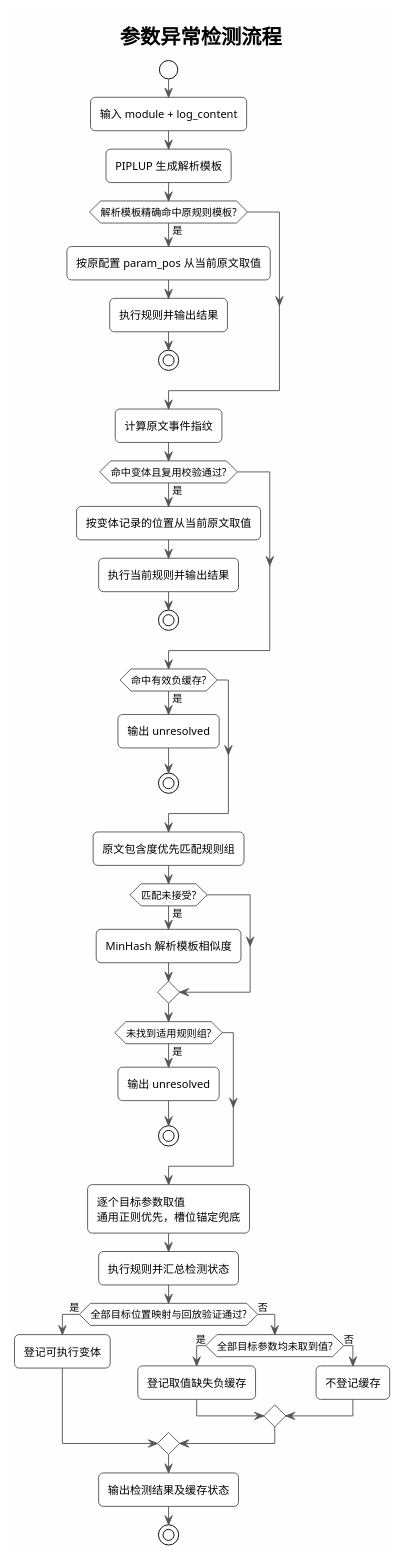
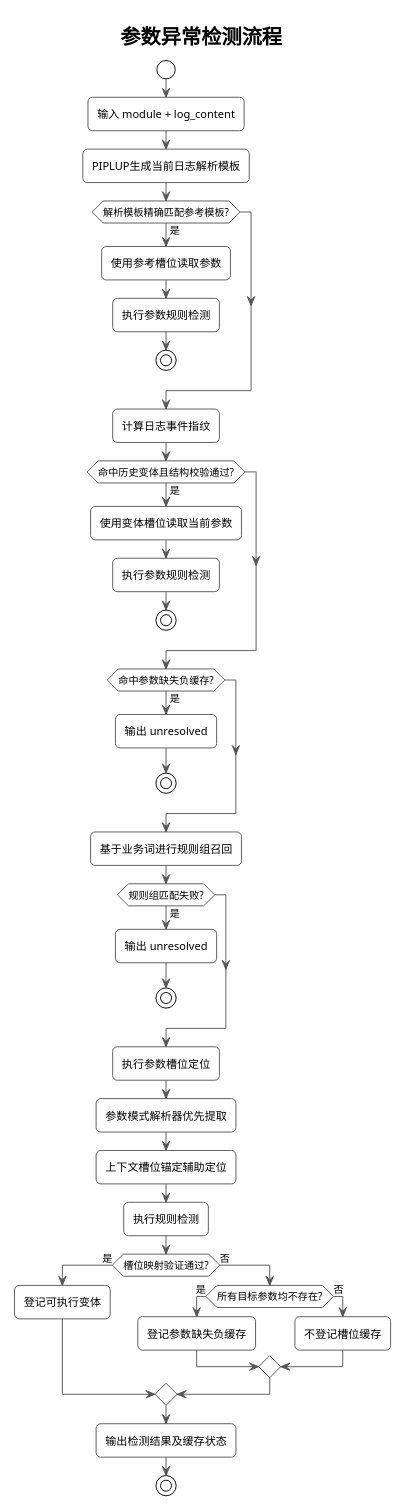
Before and after one commit to HouMonKy/TIG-PIPLUP: the sixth of 10 diagrams in LogNet3.0方案设计与实现文档.md, drawn with PlantUML. The commit also changed other lines of this file, not shown here.

````diff
--- a/LogNet3.0方案设计与实现文档.md
+++ b/LogNet3.0方案设计与实现文档.md
@@ -527,51 +552,82 @@
 title 参数异常检测流程
 
 start
+
 :输入 module + log_content;
-:PIPLUP 生成解析模板;
 
-if (解析模板精确命中原规则模板?) then (是)
-    :按原配置 param_pos 从当前原文取值;
-    :执行规则并输出结果;
+:PIPLUP生成当前日志解析模板;
+
+
+if (解析模板精确匹配参考模板?) then (是)
+
+    :使用参考槽位读取参数;
+    :执行参数规则检测;
     stop
+
 endif
 
-:计算原文事件指纹;
-if (命中变体且复用校验通过?) then (是)
-    :按变体记录的位置从当前原文取值;
-    :执行当前规则并输出结果;
+
+:计算日志事件指纹;
+
+if (命中历史变体且结构校验通过?) then (是)
+
+    :使用变体槽位读取当前参数;
+    :执行参数规则检测;
     stop
+
 endif
 
-if (命中有效负缓存?) then (是)
+
+if (命中参数缺失负缓存?) then (是)
+
     :输出 unresolved;
     stop
+
 endif
 
-:原文包含度优先匹配规则组;
-if (匹配未接受?) then (是)
-    :MinHash 解析模板相似度;
+
+:基于业务词进行规则组召回;
+
+
+if (规则组匹配失败?) then (是)
+
+    :输出 unresolved;
+    stop
+
 endif
 
-if (未找到适用规则组?) then (是)
-    :输出 unresolved;
-    stop
+
+:执行参数槽位定位;
+
+:参数模式解析器优先提取;
+:上下文槽位锚定辅助定位;
+
+
+:执行规则检测;
+
+
+if (槽位映射验证通过?) then (是)
+
+    :登记可执行变体;
+
+else (否)
+
+    if (所有目标参数均不存在?) then (是)
+
+        :登记参数缺失负缓存;
+
+    else (否)
+
+        :不登记槽位缓存;
+
+    endif
+
 endif
 
-:逐个目标参数取值\n通用正则优先，槽位锚定兜底;
-:执行规则并汇总检测状态;
-
-if (全部目标位置映射与回放验证通过?) then (是)
-    :登记可执行变体;
-else (否)
-    if (全部目标参数均未取到值?) then (是)
-        :登记取值缺失负缓存;
-    else (否)
-        :不登记缓存;
-    endif
-endif
 
 :输出检测结果及缓存状态;
+
 stop
+
 @enduml
 ```
````
